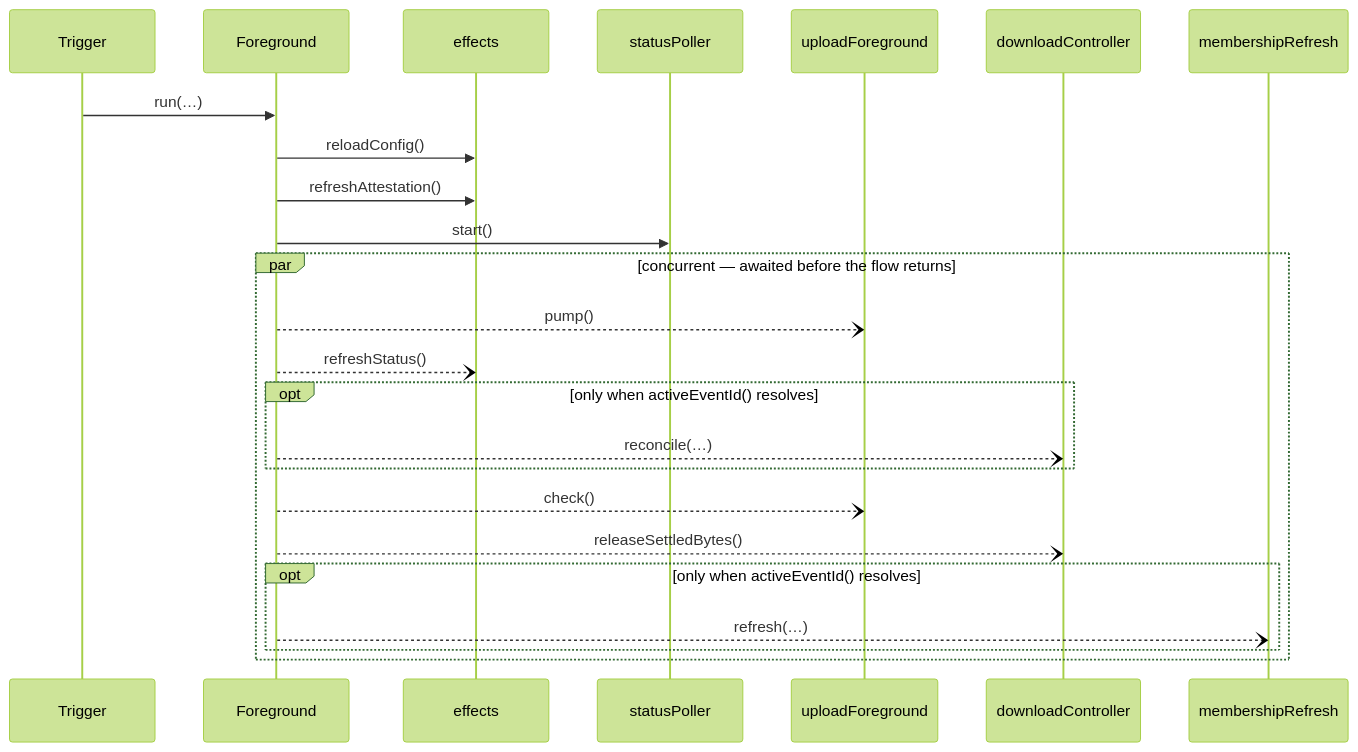
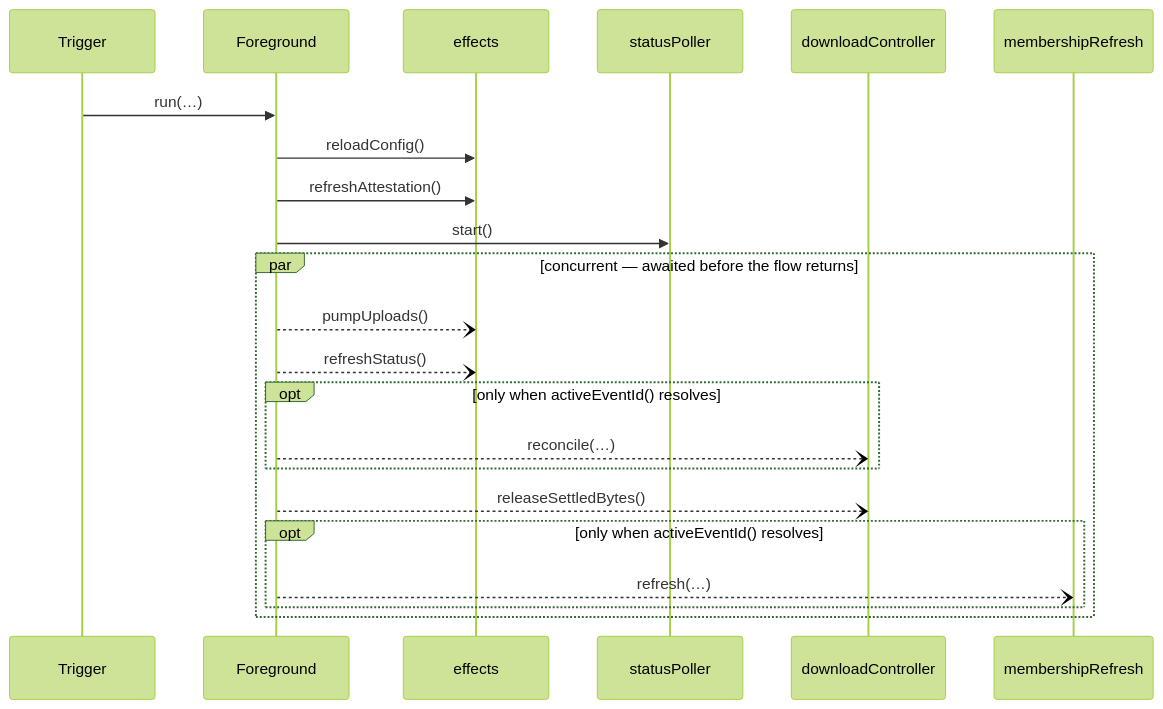
Before and after one commit to stefanhoelzl/SnapSync: the diagram in architecture/flows/Foreground.md, drawn with Mermaid (forest theme). The commit also changed 86 other files, not shown here.

````diff
--- a/architecture/flows/Foreground.md
+++ b/architecture/flows/Foreground.md
@@ -14,26 +14,24 @@
 ```mermaid
 sequenceDiagram
   participant Trigger
   participant Foreground
   participant effects
   participant statusPoller
-  participant uploadForeground
   participant downloadController
   participant membershipRefresh
   Trigger->>Foreground: run(…)
   Foreground->>effects: reloadConfig()
   Foreground->>effects: refreshAttestation()
   Foreground->>statusPoller: start()
   par concurrent — awaited before the flow returns
-    Foreground--)uploadForeground: pump()
+    Foreground--)effects: pumpUploads()
     Foreground--)effects: refreshStatus()
     opt only when activeEventId() resolves
       Foreground--)downloadController: reconcile(…)
     end
-    Foreground--)uploadForeground: check()
     Foreground--)downloadController: releaseSettledBytes()
     opt only when activeEventId() resolves
       Foreground--)membershipRefresh: refresh(…)
     end
   end
 ```
````
